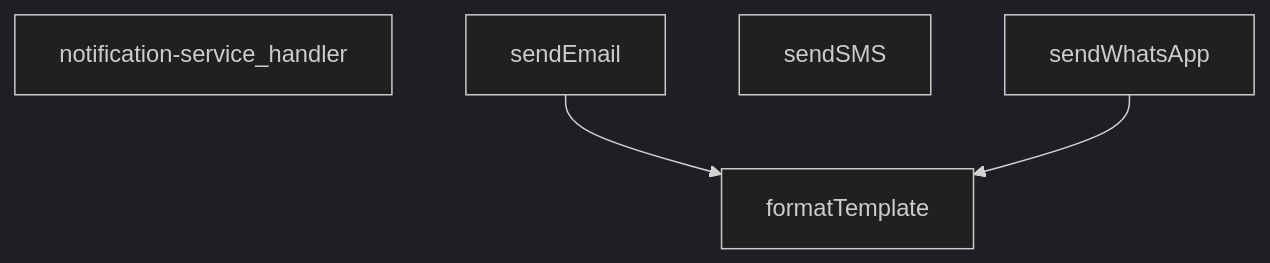
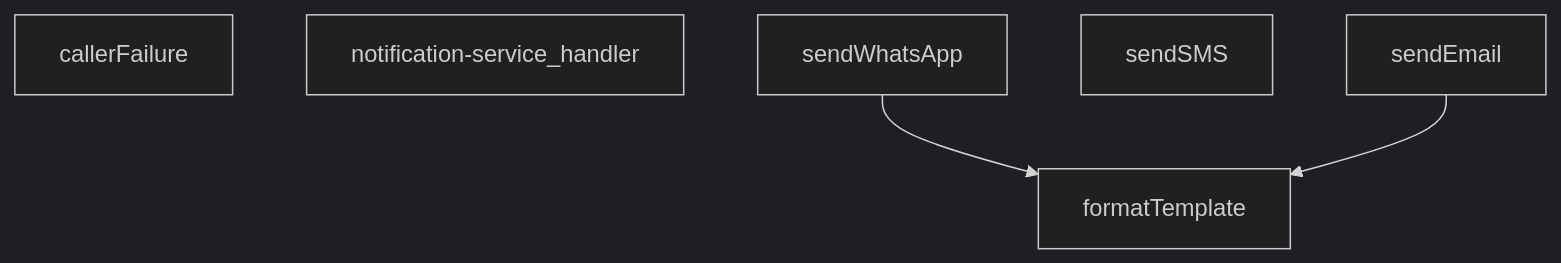
Before and after one commit to peckop/venthub-hvac-esite: the diagram in supabase/functions/notification-service/index.md, drawn with Mermaid (dark theme). The commit also changed other lines of this file and 34 other files, not shown here.

````diff
--- a/supabase/functions/notification-service/index.md
+++ b/supabase/functions/notification-service/index.md
@@ -262,10 +176,11 @@
 ```mermaid
 graph TD
+    index_ts__callerFailure["callerFailure"]
     index_ts__formatTemplate["formatTemplate"]
     index_ts__notification-service_handler["notification-service_handler"]
     index_ts__sendEmail["sendEmail"]
     index_ts__sendSMS["sendSMS"]
     index_ts__sendWhatsApp["sendWhatsApp"]
+    index_ts__sendWhatsApp --> index_ts__formatTemplate
     index_ts__sendEmail --> index_ts__formatTemplate
-    index_ts__sendWhatsApp --> index_ts__formatTemplate
 ```
````
